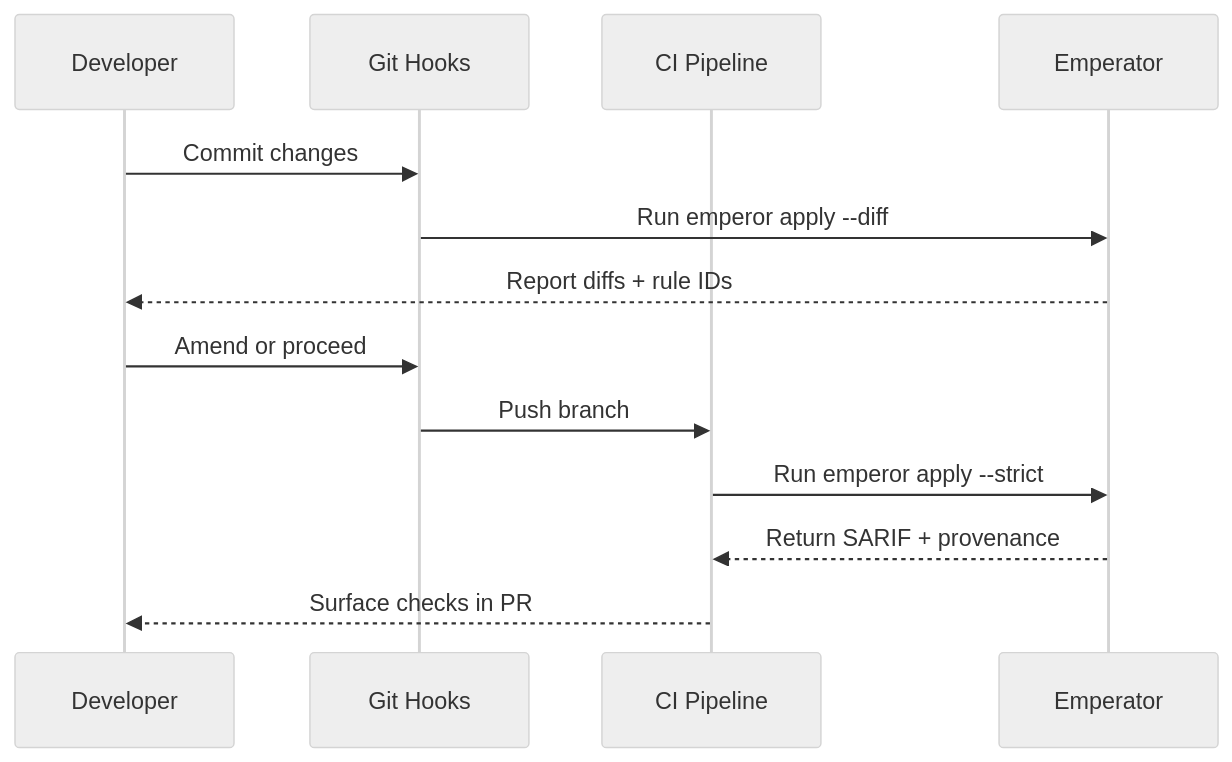
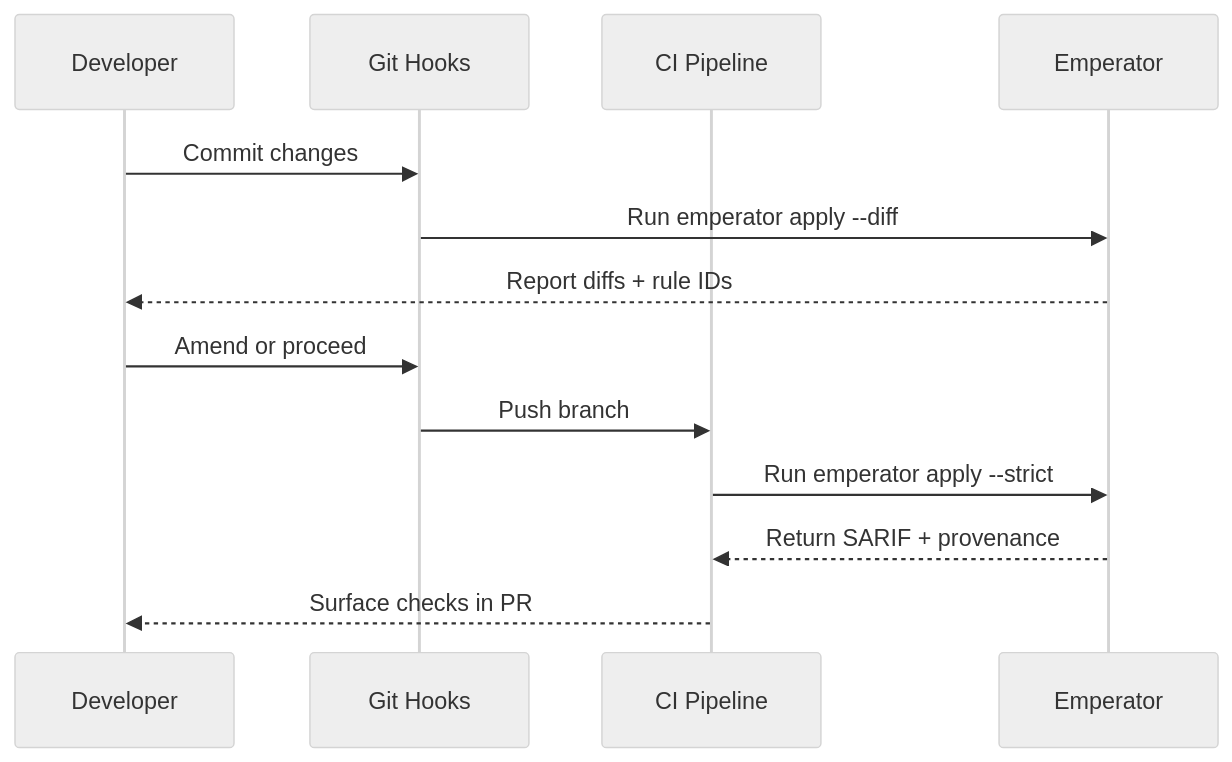
One commit to IAmJonoBo/Emperator changed the diagram in docs/explanation/developer-experience.md. Above: the diagram before and after it, drawn with Mermaid (neutral theme). The commit also changed other lines of this file and 20 other files, not shown here.

Commit message:
chore: rename emperor references to emperator

````diff
--- a/docs/explanation/developer-experience.md
+++ b/docs/explanation/developer-experience.md
@@ -17,15 +17,15 @@
 ```mermaid
 sequenceDiagram
 participant Dev as Developer
 participant Hook as Git Hooks
 participant CI as CI Pipeline
 participant Emp as Emperator
 Dev->>Hook: Commit changes
-Hook->>Emp: Run emperor apply --diff
+Hook->>Emp: Run emperator apply --diff
 Emp-->>Dev: Report diffs + rule IDs
 Dev->>Hook: Amend or proceed
 Hook->>CI: Push branch
-CI->>Emp: Run emperor apply --strict
+CI->>Emp: Run emperator apply --strict
 Emp-->>CI: Return SARIF + provenance
 CI-->>Dev: Surface checks in PR
 ```
````
